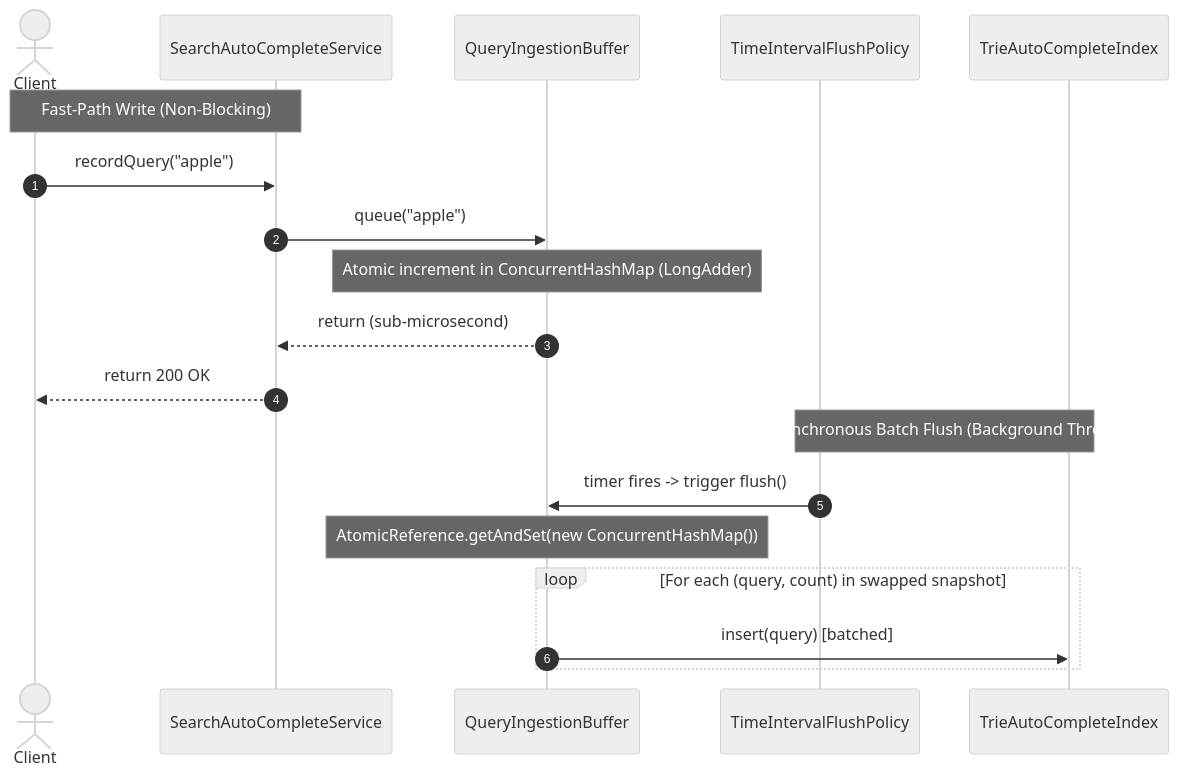
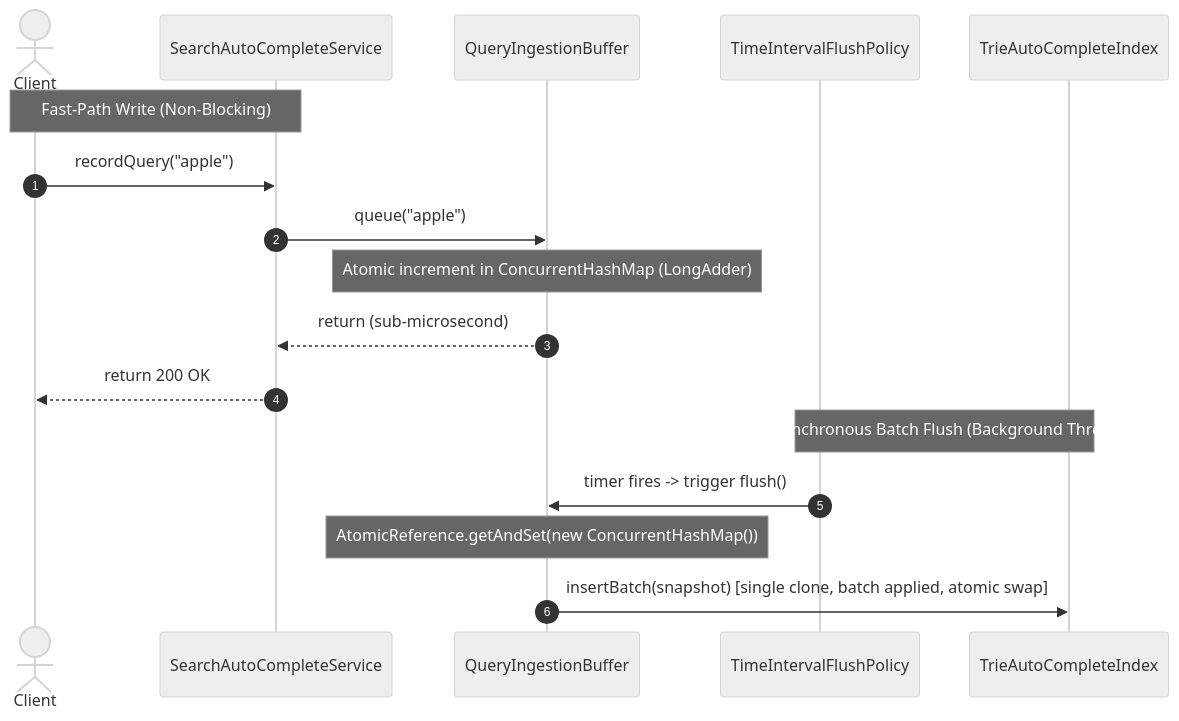
One commit to JyotimoyKashyap/system-design-labs changed the fourth of 5 diagrams in apps/web/src/content/lld/search-auto-complete.md. Above: the diagram before and after it, drawn with Mermaid (neutral theme). The commit also changed other lines of this file and 6 other files, not shown here.

````diff
--- a/apps/web/src/content/lld/search-auto-complete.md
+++ b/apps/web/src/content/lld/search-auto-complete.md
@@ -263,23 +292,21 @@
 ```mermaid
 sequenceDiagram
     autonumber
     actor User as Client
     participant Service as SearchAutoCompleteService
     participant Buffer as QueryIngestionBuffer
     participant Policy as TimeIntervalFlushPolicy
     participant Index as TrieAutoCompleteIndex
 
     Note over User,Service: Fast-Path Write (Non-Blocking)
     User->>Service: recordQuery("apple")
     Service->>Buffer: queue("apple")
     Note over Buffer: Atomic increment in ConcurrentHashMap (LongAdder)
     Buffer-->>Service: return (sub-microsecond)
     Service-->>User: return 200 OK
 
     Note over Policy,Index: Asynchronous Batch Flush (Background Thread)
     Policy->>Buffer: timer fires -> trigger flush()
     Note over Buffer: AtomicReference.getAndSet(new ConcurrentHashMap())
-    loop For each (query, count) in swapped snapshot
-        Buffer->>Index: insert(query) [batched]
-    end
+    Buffer->>Index: insertBatch(snapshot) [single clone, batch applied, atomic swap]
 ```
````
